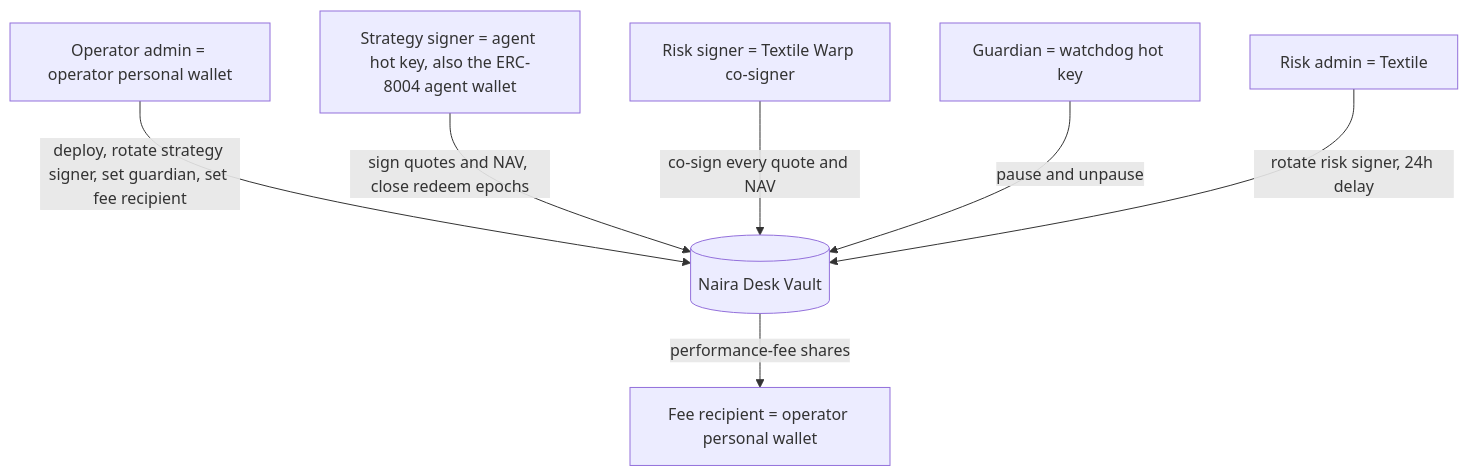
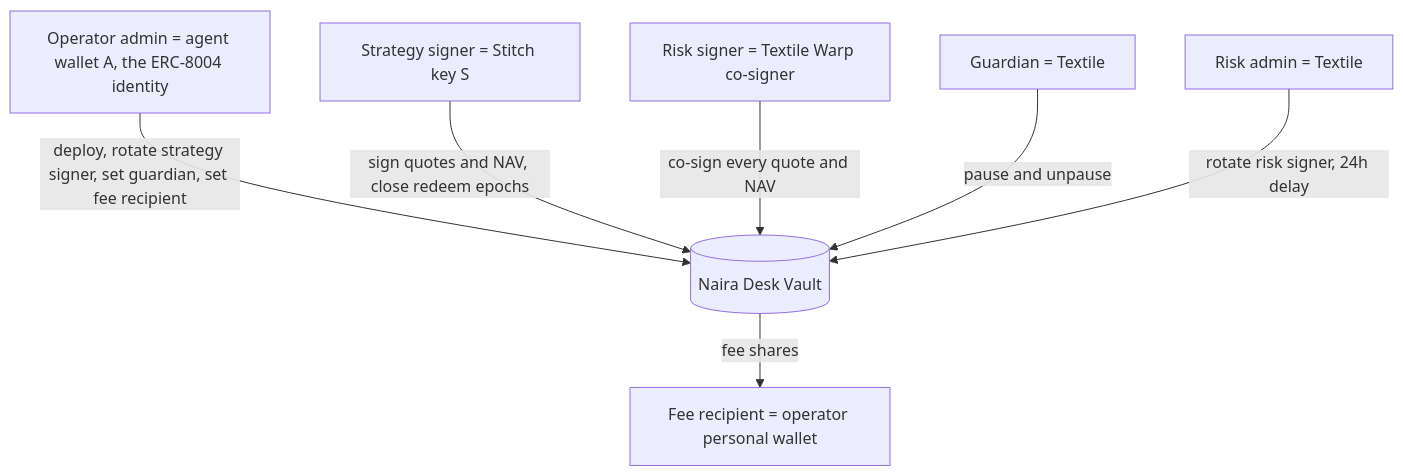
Before and after one commit to Kanasjnr/naira-desk: the second of 16 diagrams in docs/ARCHITECTURE.md, drawn with Mermaid. The commit also changed other lines of this file, not shown here.

````diff
--- a/docs/ARCHITECTURE.md
+++ b/docs/ARCHITECTURE.md
@@ -107,16 +107,16 @@
 ```mermaid
 flowchart TB
-  O["Operator admin = operator personal wallet"]
-  A["Strategy signer = agent hot key, also the ERC-8004 agent wallet"]
-  G["Guardian = watchdog hot key"]
+  A["Operator admin = agent wallet A, the ERC-8004 identity"]
+  S["Strategy signer = Stitch key S"]
   W["Risk signer = Textile Warp co-signer"]
   RA["Risk admin = Textile"]
+  G["Guardian = Textile"]
   F["Fee recipient = operator personal wallet"]
   V[("Naira Desk Vault")]
-  O -->|deploy, rotate strategy signer, set guardian, set fee recipient| V
-  A -->|sign quotes and NAV, close redeem epochs| V
+  A -->|deploy, rotate strategy signer, set guardian, set fee recipient| V
+  S -->|sign quotes and NAV, close redeem epochs| V
   W -->|co-sign every quote and NAV| V
   G -->|pause and unpause| V
   RA -->|rotate risk signer, 24h delay| V
-  V -->|performance-fee shares| F
+  V -->|fee shares| F
 ```
````
